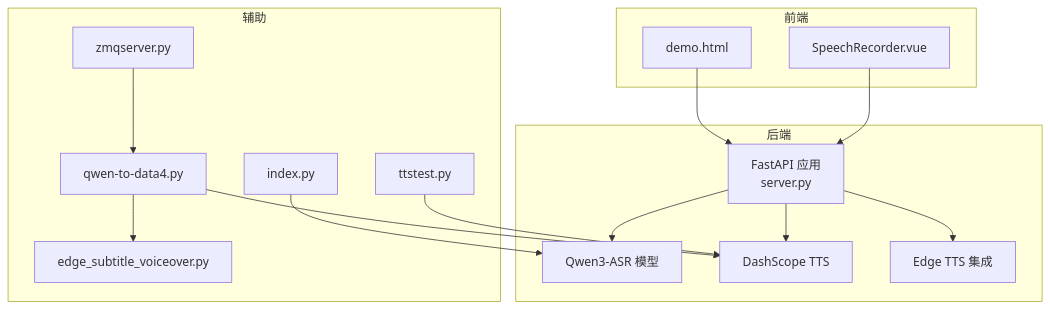
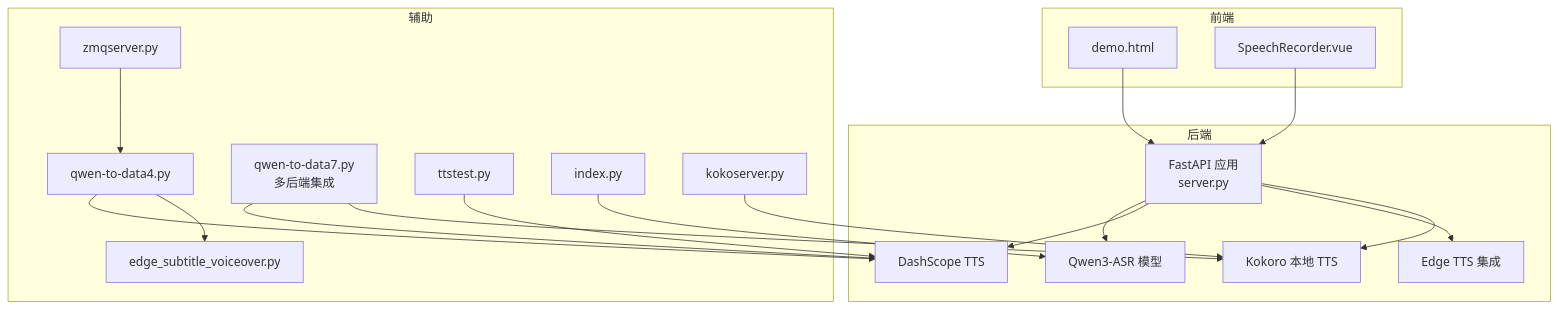
The first of 11 diagrams in .qoder/repowiki/zh/content/开发者指南/开发者指南.md (1024dashen/Vue3Speech), drawn with Mermaid before and after one commit. The commit also changed other lines of this file and 9 other files, not shown here.

First line of the commit message:
fix(qwen-to-data7): 修正解说文本禁用正则和流式生成逻辑

````diff
--- a/.qoder/repowiki/zh/content/开发者指南/开发者指南.md
+++ b/.qoder/repowiki/zh/content/开发者指南/开发者指南.md
@@ -42,30 +45,37 @@
 ```mermaid
 graph TB
 subgraph "前端"
 Demo["demo.html"]
 VueComp["SpeechRecorder.vue"]
 end
 subgraph "后端"
 FastAPI["FastAPI 应用<br/>server.py"]
 ASR["Qwen3-ASR 模型"]
 TTS["DashScope TTS"]
 EdgeTTS["Edge TTS 集成"]
+Kokoro["Kokoro 本地 TTS"]
 end
 subgraph "辅助"
 ZMQSub["zmqserver.py"]
 ZMQProc["qwen-to-data4.py"]
+MultiBackend["qwen-to-data7.py<br/>多后端集成"]
 EdgeVO["edge_subtitle_voiceover.py"]
 TTSTest["ttstest.py"]
 LocalASR["index.py"]
+KokoServer["kokoserver.py"]
 end
 Demo --> FastAPI
 VueComp --> FastAPI
 FastAPI --> ASR
 FastAPI --> TTS
 FastAPI --> EdgeTTS
+FastAPI --> Kokoro
 ZMQSub --> ZMQProc
 ZMQProc --> TTS
 ZMQProc --> EdgeVO
+MultiBackend --> TTS
+MultiBackend --> Kokoro
 TTSTest --> TTS
 LocalASR --> ASR
+KokoServer --> Kokoro
 ```
````
